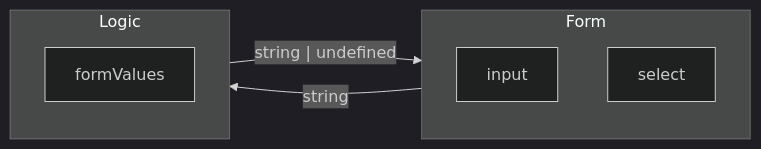
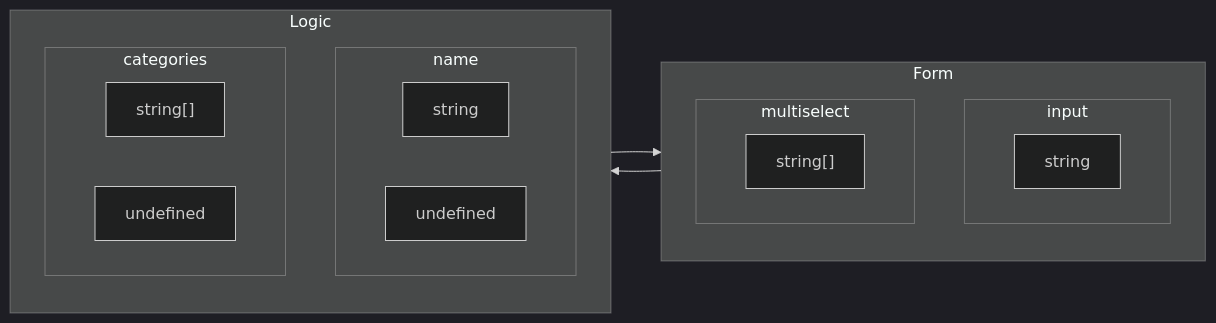
One commit to syakoo/syakoo-lab changed the diagram in src/contents/writings/20241005/index.mdx. Above: the diagram before and after it, drawn with Mermaid (dark theme). The commit also changed other lines of this file, not shown here.

````diff
--- a/src/contents/writings/20241005/index.mdx
+++ b/src/contents/writings/20241005/index.mdx
@@ -17,12 +17,23 @@
 ```mermaid
 flowchart LR
   subgraph Form
-    input
-    select
+    subgraph input["input"]
+      string
+    end
+    subgraph multiselect["multiselect"]
+      stringArray["string[]"]
+    end
   end
   subgraph Logic
-    formValues
+    subgraph name["name"]
+      name_string["string"]
+      name_undefined["undefined"]
+    end
+    subgraph categories["categories"]
+      categories_stringArray["string[]"]
+      categories_undefined["undefined"]
+    end
   end
-  Logic --" string | undefined "--> Form
-  Form --" string "--> Logic
+  Logic --> Form
+  Form --> Logic
 ```
````
